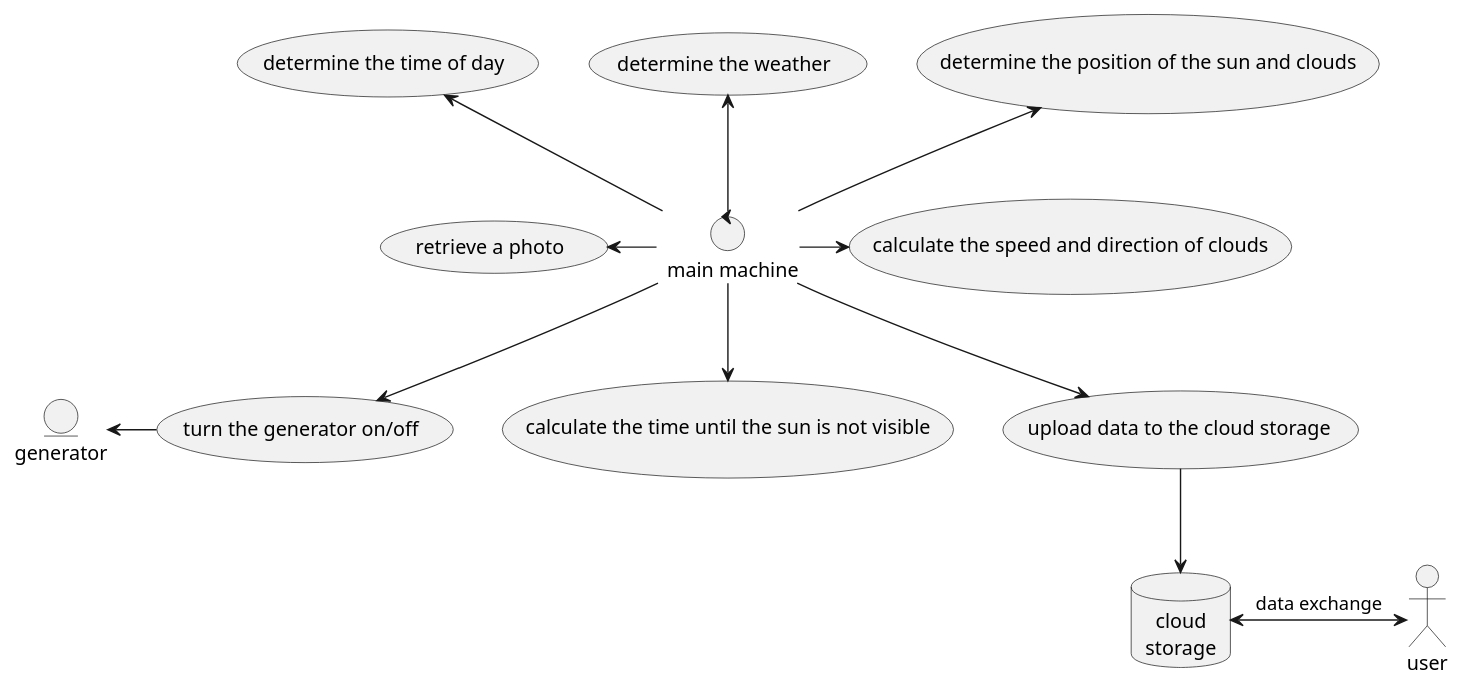
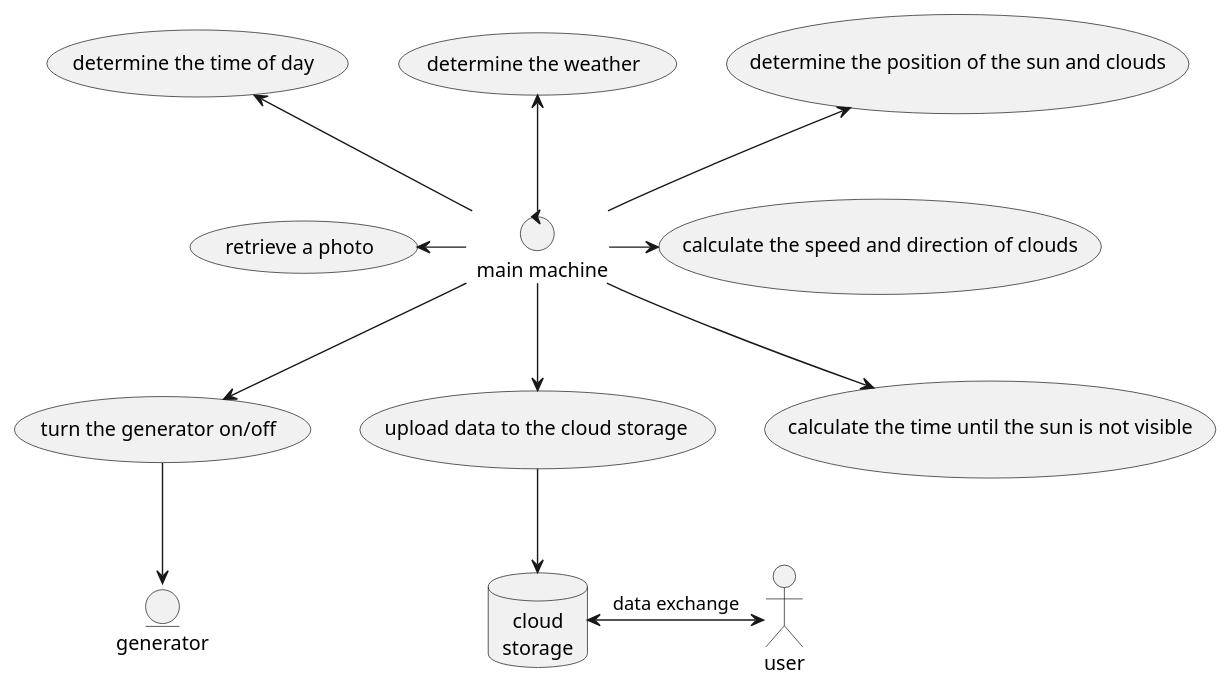
The diagram in Project/doc/precedence.pu (fanglores/-), drawn with PlantUML before and after one commit.

```diff
--- a/Project/doc/precedence.pu
+++ b/Project/doc/precedence.pu
@@ -1,23 +1,22 @@
 @startuml
 
 control "  main machine" as pc
 entity "generator" as generator
 actor "user" as user
 database "  cloud\nstorage" as cloudStorage
 
-
 (retrieve a photo) <- pc
 (determine the time of day) <-- pc
 (determine the weather) <-- pc
 (determine the position of the sun and clouds) <-- pc
 pc -> (calculate the speed and direction of clouds)
+pc --> (turn the generator on/off)
+pc --> (upload data to the cloud storage)
 pc --> (calculate the time until the sun is not visible)
-pc --> (upload data to the cloud storage)
+
+(turn the generator on/off) --> generator
 
 (upload data to the cloud storage) --> cloudStorage
 cloudStorage <-> user :data exchange
 
-pc --> (turn the generator on/off)
-generator <- (turn the generator on/off)
-
 @enduml
```
